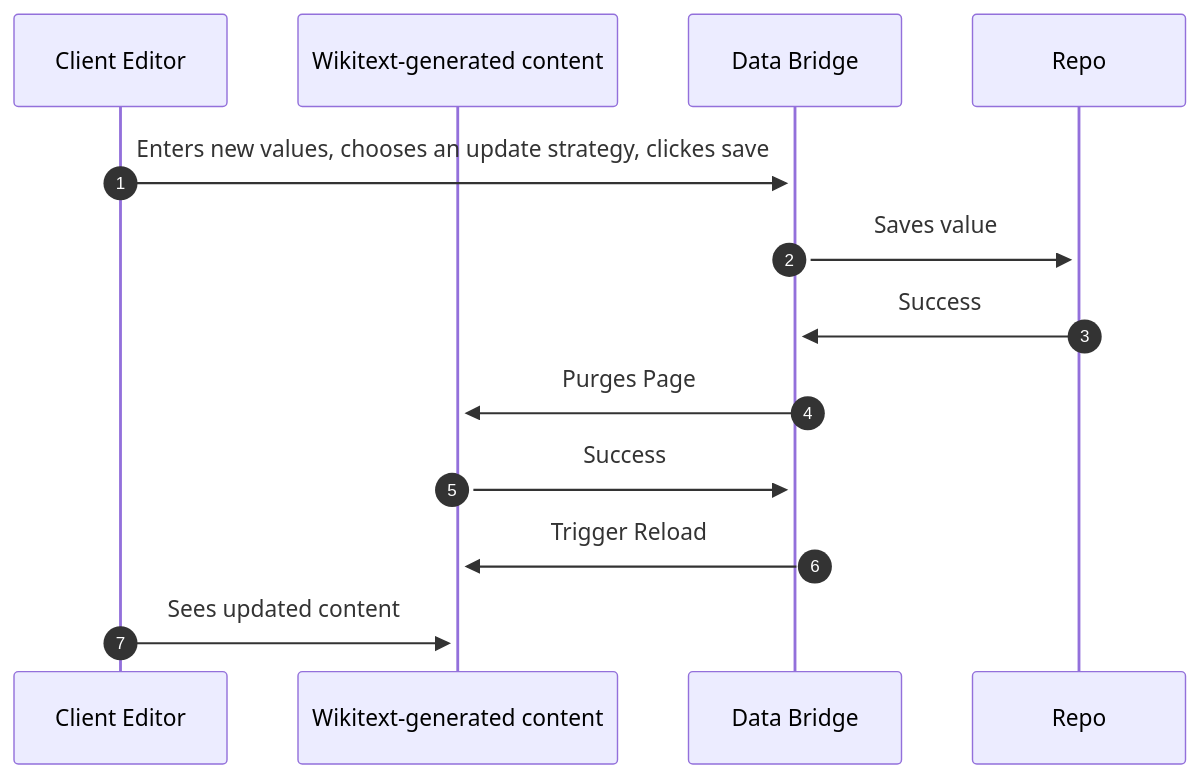
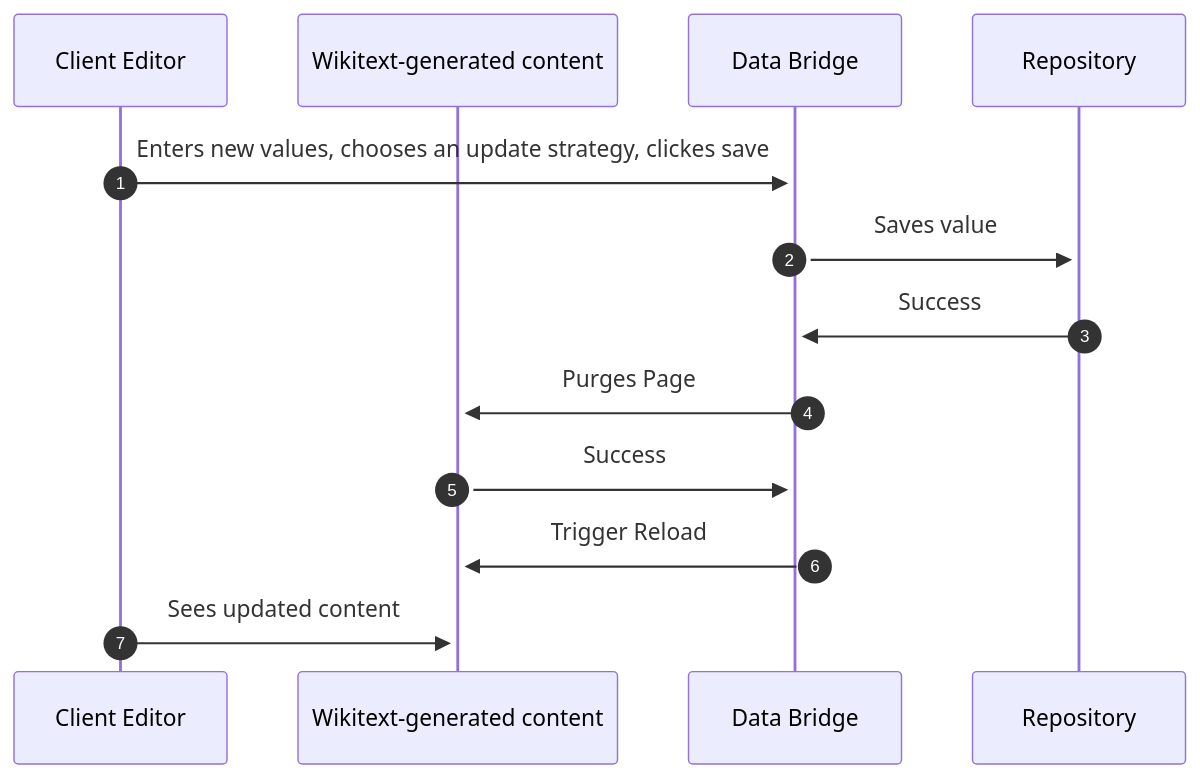
One commit to wmde/wikidata-wikibase-architecture changed the third of 7 diagrams in systems/WikibaseClient/06-Runtime_View.md. Above: the diagram before and after it, drawn with Mermaid. The commit also changed other lines of this file and 16 other files, not shown here.

Commit message:
General cleanup, especially around Repo / Repository

````diff
--- a/systems/WikibaseClient/06-Runtime_View.md
+++ b/systems/WikibaseClient/06-Runtime_View.md
@@ -50,14 +50,14 @@
 ```mermaid
 sequenceDiagram
     autonumber
     participant Client Editor
     participant Page as Wikitext-generated content
     participant Bridge as Data Bridge
     Client Editor->>+Bridge: Enters new values, chooses an update strategy, clickes save
-    Bridge->>+Repo: Saves value
-    Repo->>+Bridge: Success
+    Bridge->>+Repository: Saves value
+    Repository->>+Bridge: Success
     Bridge->>+Page: Purges Page
     Page->>+Bridge: Success
     Bridge->>+Page: Trigger Reload
     Client Editor->>+Page: Sees updated content
 ```
````
